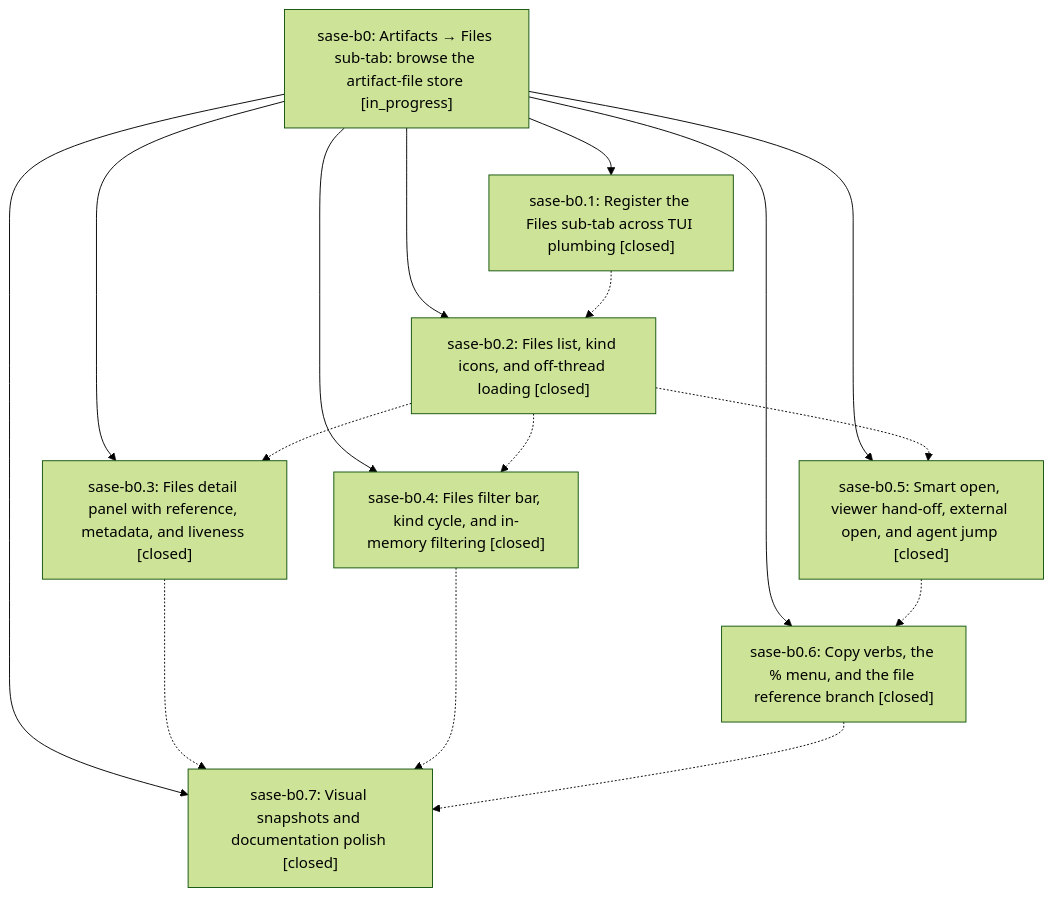
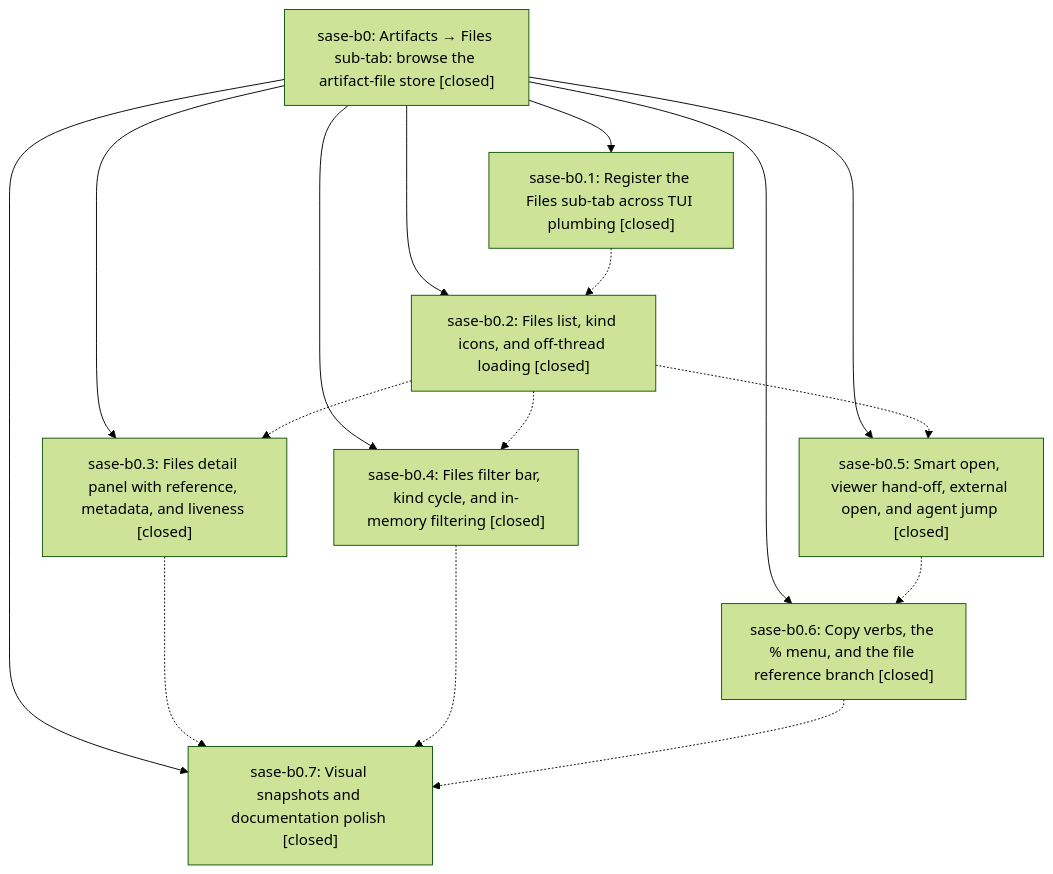
The diagram in pages/sase-b0/README.md (sase-org/sase--beads), drawn with Mermaid (forest theme) before and after one commit. The commit also changed other lines of this file, not shown here.

First line of the commit message:
chore(beads): sync bead state and pages for sase-b0

````diff
--- a/pages/sase-b0/README.md
+++ b/pages/sase-b0/README.md
@@ -28,26 +41,26 @@
 ```mermaid
 flowchart TD
-    n0["sase-b0: Artifacts → Files sub-tab: browse the artifact-file store [in_progress]"]
+    n0["sase-b0: Artifacts → Files sub-tab: browse the artifact-file store [closed]"]
     n1["sase-b0.1: Register the Files sub-tab across TUI plumbing [closed]"]
     n2["sase-b0.2: Files list, kind icons, and off-thread loading [closed]"]
     n3["sase-b0.3: Files detail panel with reference, metadata, and liveness [closed]"]
     n4["sase-b0.4: Files filter bar, kind cycle, and in-memory filtering [closed]"]
     n5["sase-b0.5: Smart open, viewer hand-off, external open, and agent jump [closed]"]
     n6["sase-b0.6: Copy verbs, the % menu, and the file reference branch [closed]"]
     n7["sase-b0.7: Visual snapshots and documentation polish [closed]"]
     n0 --> n1
     n0 --> n2
     n0 --> n3
     n0 --> n4
     n0 --> n5
     n0 --> n6
     n0 --> n7
     n1 -.-> n2
     n2 -.-> n3
     n2 -.-> n4
     n2 -.-> n5
     n3 -.-> n7
     n4 -.-> n7
     n5 -.-> n6
     n6 -.-> n7
 ```
````
